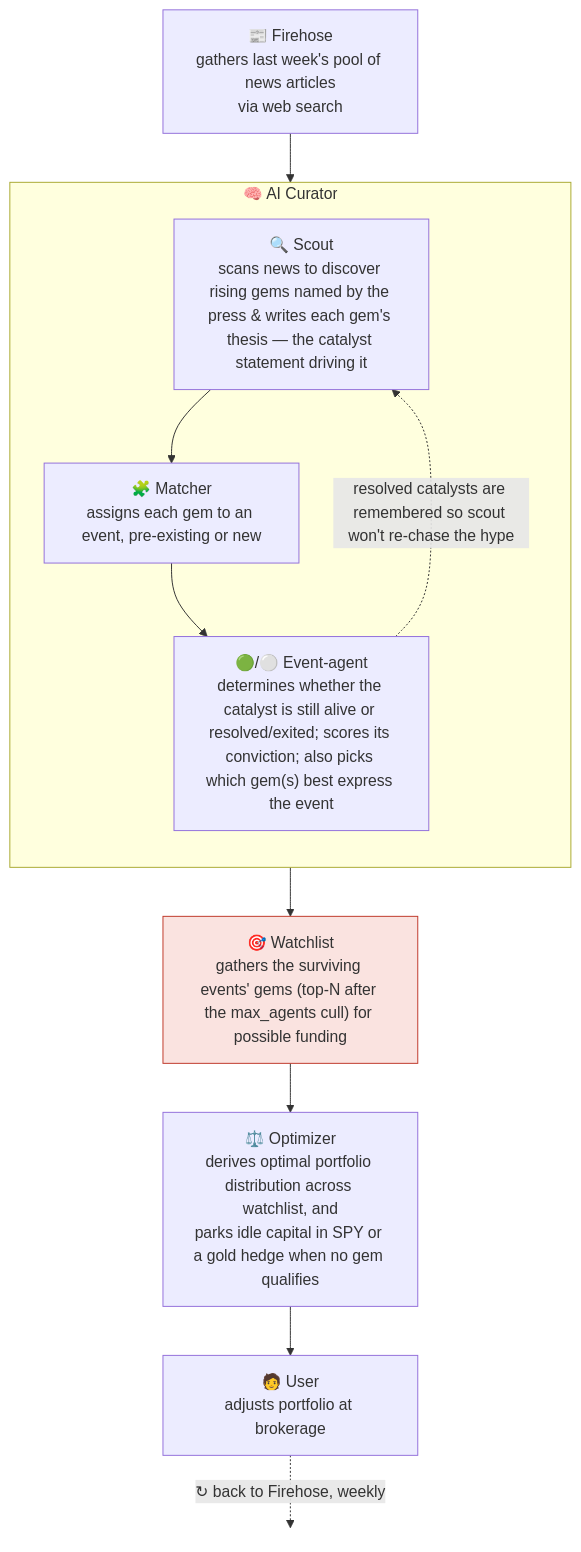
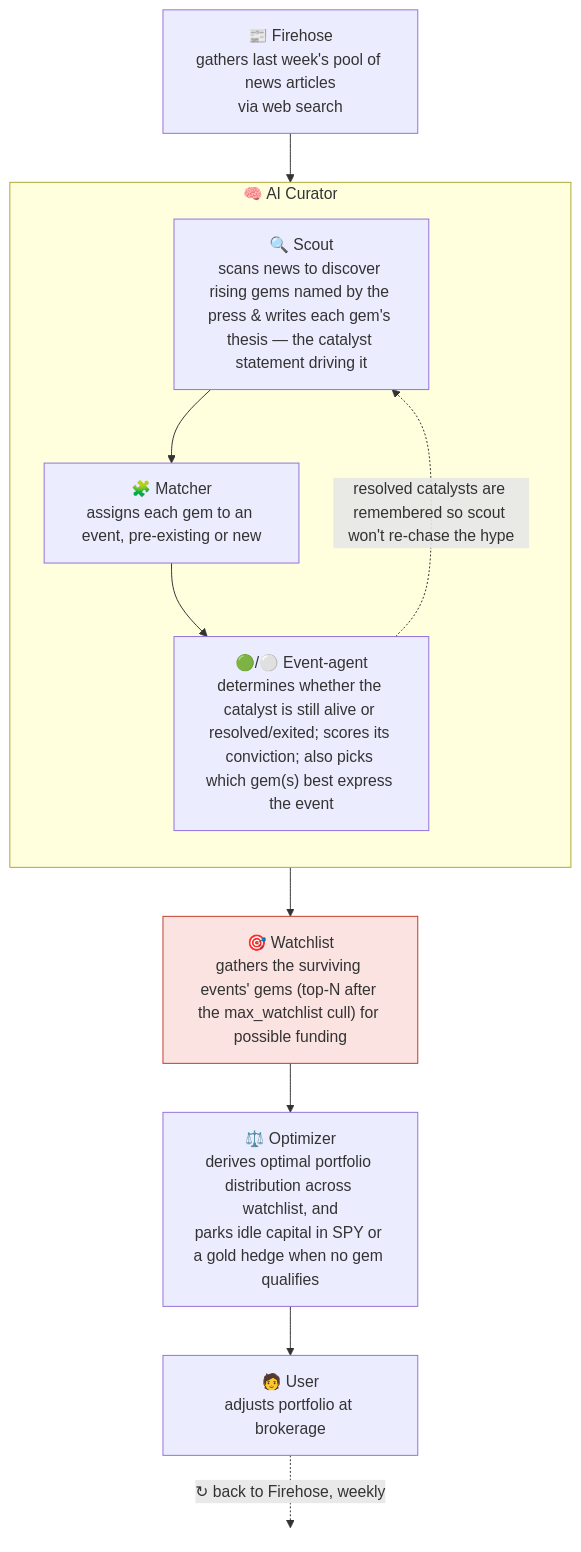
The diagram in README.md (joehahn/geo-herd-rider), drawn with Mermaid before and after one commit. The commit also changed other lines of this file and 46 other files, not shown here.

````diff
--- a/README.md
+++ b/README.md
@@ -18,26 +18,26 @@
 ```mermaid
 flowchart TD
     S["📰 Firehose<br/>gathers last week's pool of news articles<br/>via web search"]
     S --> SC
 
     subgraph CUR["🧠 AI Curator"]
       direction TB
       SC["🔍 Scout<br/>scans news to discover rising gems named by the press & writes each gem's thesis — the catalyst statement driving it"]
       MA["🧩 Matcher<br/>assigns each gem to an event, pre-existing or new"]
       AG["🟢/⚪ Event-agent<br/>determines whether the catalyst is still alive or resolved/exited; scores its conviction; also picks which gem(s) best express the event"]
       SC --> MA --> AG
     end
 
-    E["🎯 Watchlist<br/>gathers the surviving events' gems (top-N after the max_agents cull) for possible funding"]
+    E["🎯 Watchlist<br/>gathers the surviving events' gems (top-N after the max_watchlist cull) for possible funding"]
     W["⚖️ Optimizer<br/>derives optimal portfolio distribution across watchlist, and<br/>parks idle capital in SPY or a gold hedge when no gem qualifies"]
     U["🧑 User<br/>adjusts portfolio at brokerage"]
 
     AG --> E
     AG -. "resolved catalysts are remembered so scout won't re-chase the hype" .-> SC
     E --> W --> U
     U -. "↻ back to Firehose, weekly" .-> X(( ))
     style X fill:none,stroke:none
 
     classDef bet fill:#fae3e0,stroke:#c0392b;
     class E bet
 ```
````
